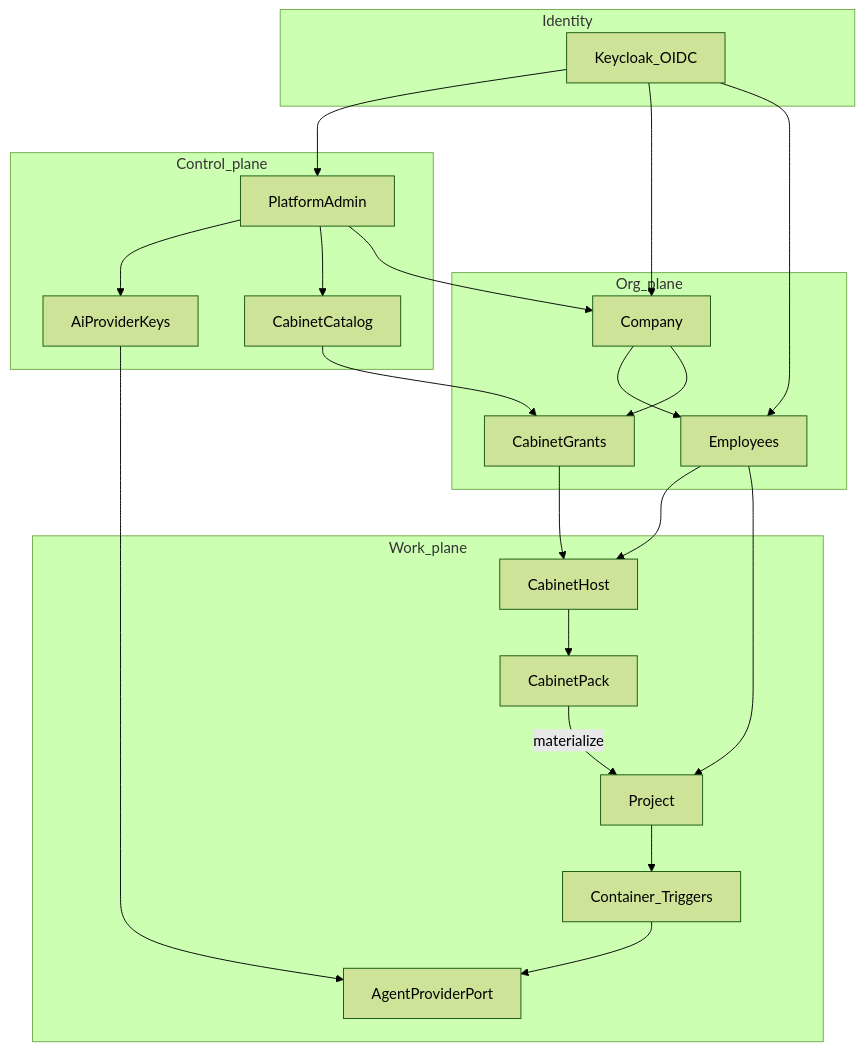
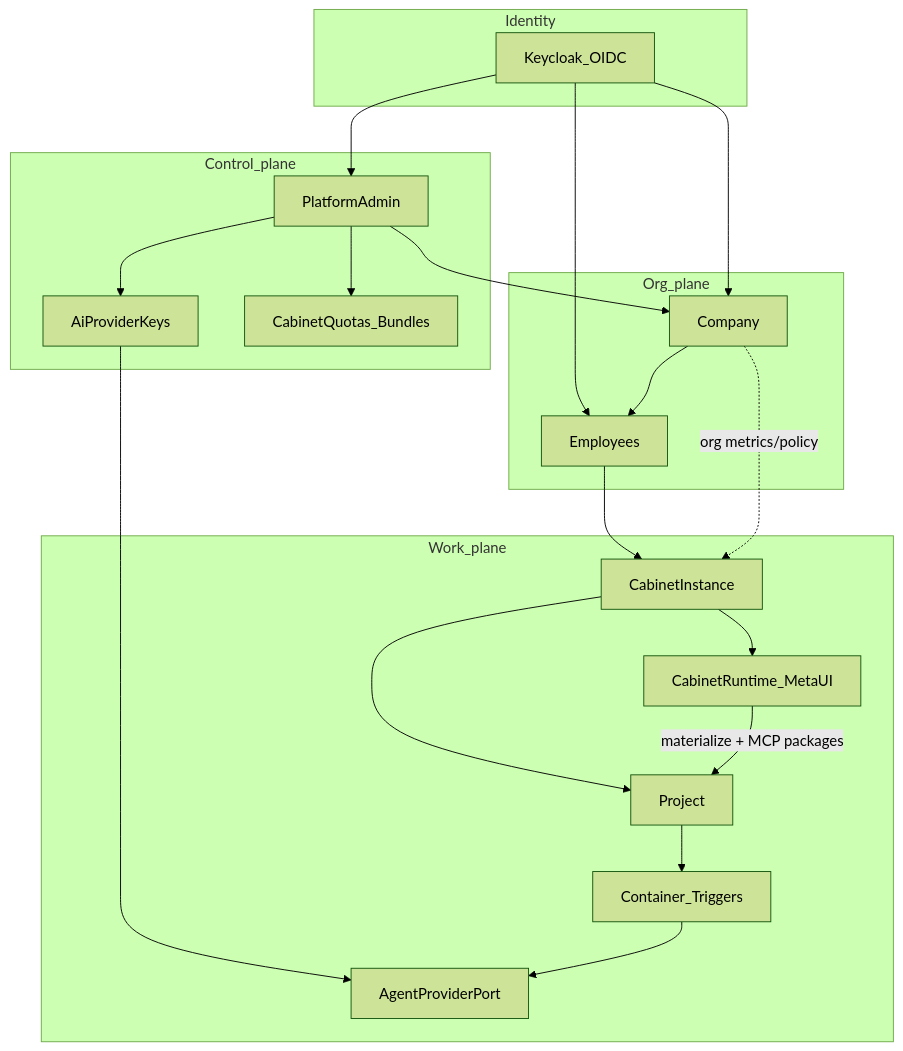
The diagram in docs/target/09-gap-map.md (ne-tort/agentscale), drawn with Mermaid (forest theme) before and after one commit. The commit also changed other lines of this file and 33 other files, not shown here.

````diff
--- a/docs/target/09-gap-map.md
+++ b/docs/target/09-gap-map.md
@@ -40,41 +40,38 @@
 ```mermaid
 flowchart TB
   subgraph identity [Identity]
     KC[Keycloak_OIDC]
   end
   subgraph control [Control_plane]
     Admin[PlatformAdmin]
     Keys[AiProviderKeys]
-    Catalog[CabinetCatalog]
+    Quotas[CabinetQuotas_Bundles]
   end
   subgraph org [Org_plane]
     Company[Company]
     Employees[Employees]
-    Grants[CabinetGrants]
   end
   subgraph work [Work_plane]
-    CabHost[CabinetHost]
-    Pack[CabinetPack]
+    CabInst[CabinetInstance]
+    Runtime[CabinetRuntime_MetaUI]
     Project[Project]
-    Runtime[Container_Triggers]
+    Container[Container_Triggers]
     Agent[AgentProviderPort]
   end
 
   KC --> Admin
   KC --> Company
   KC --> Employees
   Admin --> Keys
-  Admin --> Catalog
+  Admin --> Quotas
   Admin --> Company
-  Catalog --> Grants
   Company --> Employees
-  Company --> Grants
-  Employees --> CabHost
-  Grants --> CabHost
-  CabHost --> Pack
-  Employees --> Project
-  Project --> Runtime
-  Pack -->|"materialize"| Project
+  Employees --> CabInst
+  Company -.->|"org metrics/policy"| CabInst
+  CabInst --> Runtime
+  CabInst --> Project
+  Project --> Container
+  Runtime -->|"materialize + MCP packages"| Project
   Keys --> Agent
-  Runtime --> Agent
+  Container --> Agent
 ```
````
